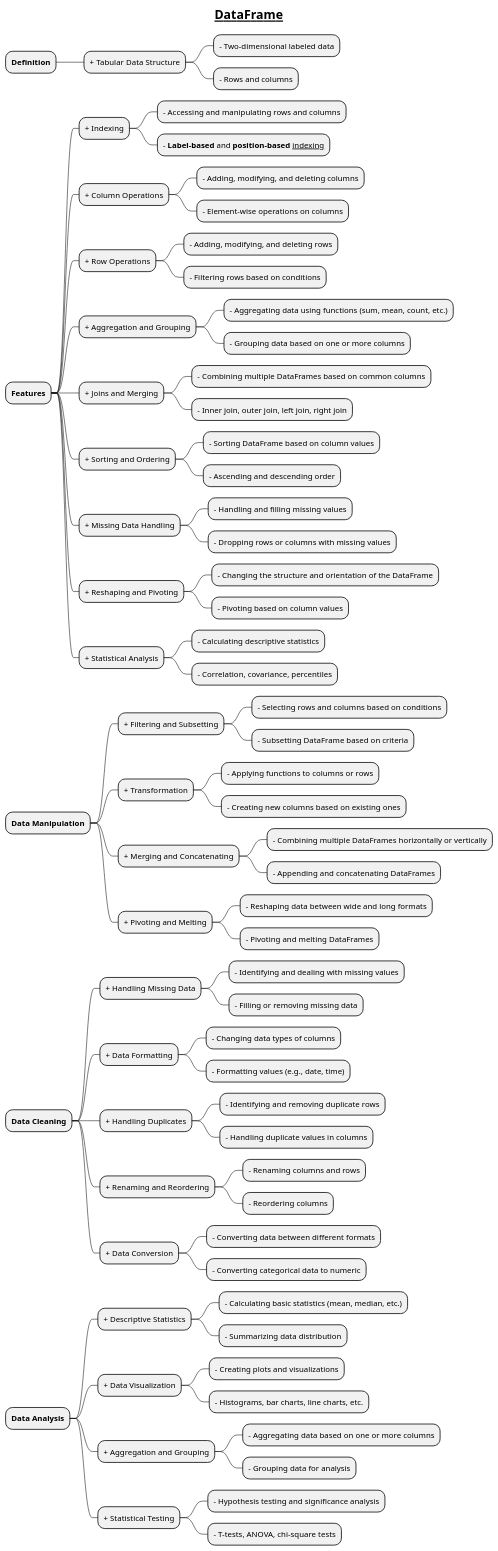
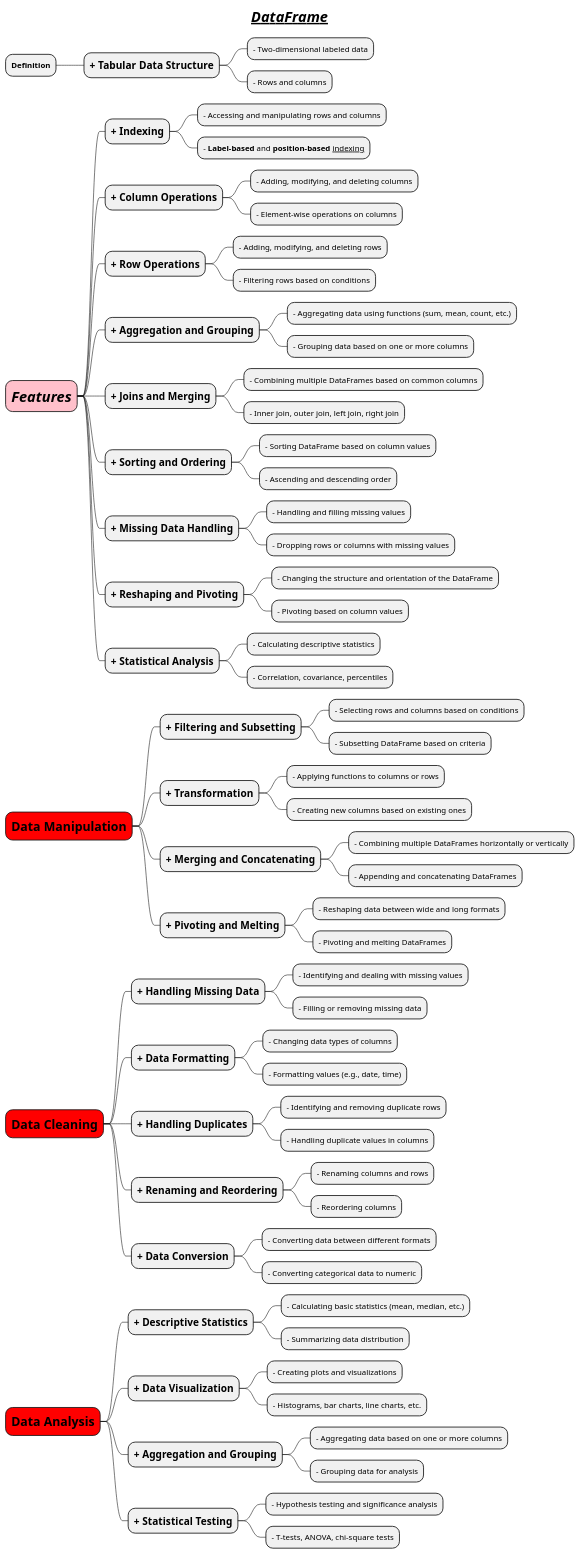
Before and after one commit to MehmoodHashmi/Documentation-as-Code-DaC: the diagram in docs/AI-ML- DL-Data-Science-and-BigData/data-science-with-python/1-data-manipulation-libraries/DataFrame.puml, drawn with PlantUML. The commit also changed 24 other files, not shown here.

```diff
--- a/docs/AI-ML- DL-Data-Science-and-BigData/data-science-with-python/1-data-manipulation-libraries/DataFrame.puml
+++ b/docs/AI-ML- DL-Data-Science-and-BigData/data-science-with-python/1-data-manipulation-libraries/DataFrame.puml
@@ -1,84 +1,84 @@
 @startmindmap
 
-title =__ DataFrame __
+title =//__ DataFrame __//
 
 * **Definition**
-** + Tabular Data Structure
+** =+ Tabular Data Structure
 *** - Two-dimensional labeled data
 *** - Rows and columns
 
-* **Features**
-** + Indexing
+*[#pink] =//**Features**//
+** =+ Indexing
 *** - Accessing and manipulating rows and columns
 *** - **Label-based** and **position-based** __indexing__
-** + Column Operations
+** =+ Column Operations
 *** - Adding, modifying, and deleting columns
 *** - Element-wise operations on columns
-** + Row Operations
+** =+ Row Operations
 *** - Adding, modifying, and deleting rows
 *** - Filtering rows based on conditions
-** + Aggregation and Grouping
+** =+ Aggregation and Grouping
 *** - Aggregating data using functions (sum, mean, count, etc.)
 *** - Grouping data based on one or more columns
-** + Joins and Merging
+** =+ Joins and Merging
 *** - Combining multiple DataFrames based on common columns
 *** - Inner join, outer join, left join, right join
-** + Sorting and Ordering
+** =+ Sorting and Ordering
 *** - Sorting DataFrame based on column values
 *** - Ascending and descending order
-** + Missing Data Handling
+** =+ Missing Data Handling
 *** - Handling and filling missing values
 *** - Dropping rows or columns with missing values
-** + Reshaping and Pivoting
+** =+ Reshaping and Pivoting
 *** - Changing the structure and orientation of the DataFrame
 *** - Pivoting based on column values
-** + Statistical Analysis
+** =+ Statistical Analysis
 *** - Calculating descriptive statistics
 *** - Correlation, covariance, percentiles
 
-* **Data Manipulation**
-** + Filtering and Subsetting
+*[#red] =**Data Manipulation**
+** =+ Filtering and Subsetting
 *** - Selecting rows and columns based on conditions
 *** - Subsetting DataFrame based on criteria
-** + Transformation
+** =+ Transformation
 *** - Applying functions to columns or rows
 *** - Creating new columns based on existing ones
-** + Merging and Concatenating
+** =+ Merging and Concatenating
 *** - Combining multiple DataFrames horizontally or vertically
 *** - Appending and concatenating DataFrames
-** + Pivoting and Melting
+** =+ Pivoting and Melting
 *** - Reshaping data between wide and long formats
 *** - Pivoting and melting DataFrames
 
-* **Data Cleaning**
-** + Handling Missing Data
+*[#red] =**Data Cleaning**
+** =+ Handling Missing Data
 *** - Identifying and dealing with missing values
 *** - Filling or removing missing data
-** + Data Formatting
+** =+ Data Formatting
 *** - Changing data types of columns
 *** - Formatting values (e.g., date, time)
-** + Handling Duplicates
+** =+ Handling Duplicates
 *** - Identifying and removing duplicate rows
 *** - Handling duplicate values in columns
-** + Renaming and Reordering
+** =+ Renaming and Reordering
 *** - Renaming columns and rows
 *** - Reordering columns
-** + Data Conversion
+** =+ Data Conversion
 *** - Converting data between different formats
 *** - Converting categorical data to numeric
 
-* **Data Analysis**
-** + Descriptive Statistics
+*[#red] =**Data Analysis**
+** =+ Descriptive Statistics
 *** - Calculating basic statistics (mean, median, etc.)
 *** - Summarizing data distribution
-** + Data Visualization
+** =+ Data Visualization
 *** - Creating plots and visualizations
 *** - Histograms, bar charts, line charts, etc.
-** + Aggregation and Grouping
+** =+ Aggregation and Grouping
 *** - Aggregating data based on one or more columns
 *** - Grouping data for analysis
-** + Statistical Testing
+** =+ Statistical Testing
 *** - Hypothesis testing and significance analysis
 *** - T-tests, ANOVA, chi-square tests
 
 @endmindmap
```
